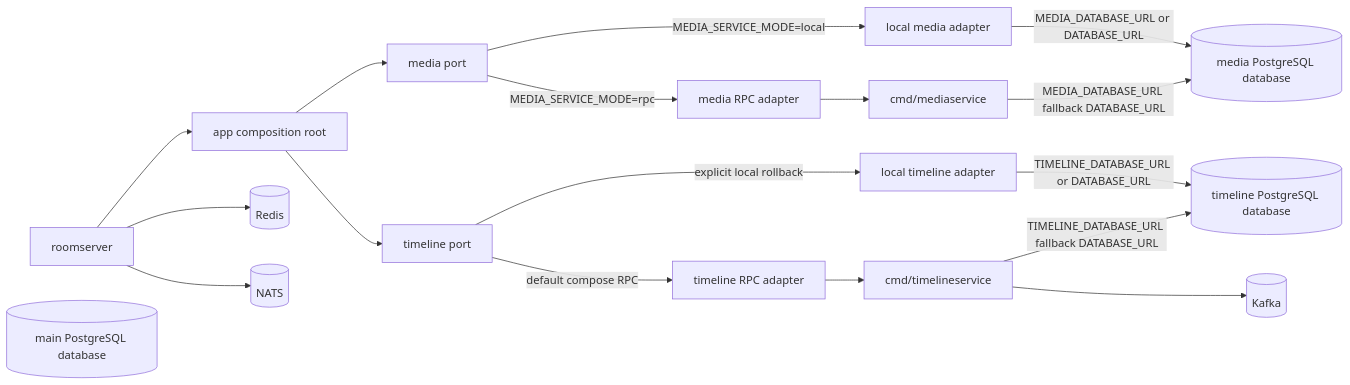
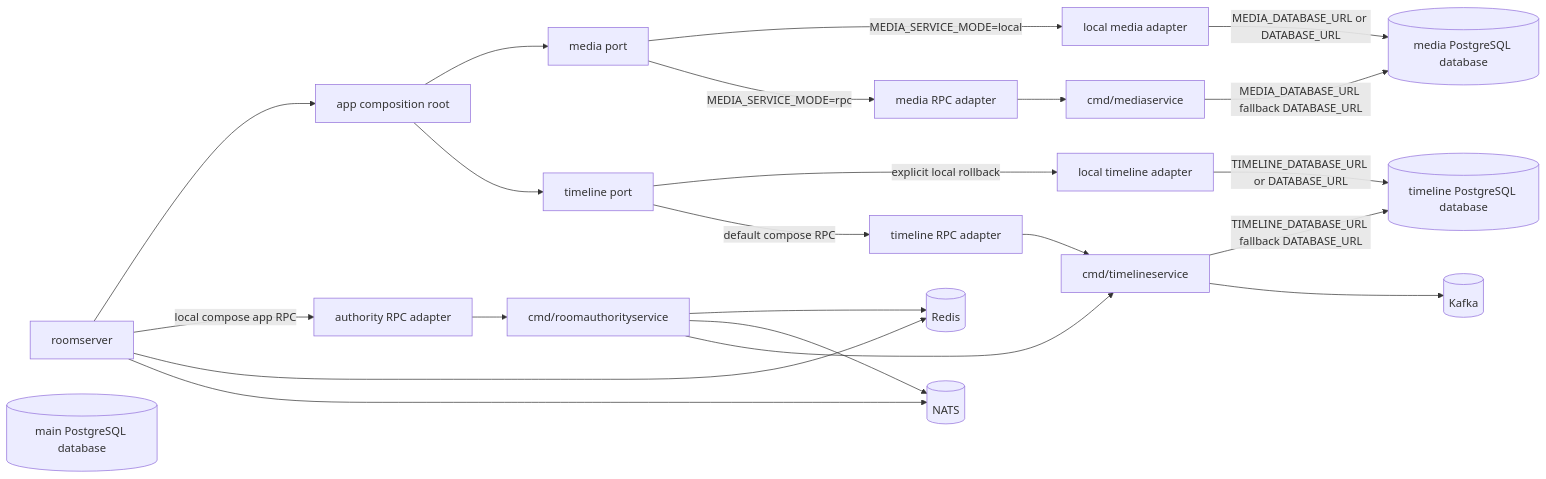
One commit to sunboyZgz/watch_together changed the first of 9 diagrams in docs/distributed-architecture.md. Above: the diagram before and after it, drawn with Mermaid. The commit also changed other lines of this file and 34 other files, not shown here.

````diff
--- a/docs/distributed-architecture.md
+++ b/docs/distributed-architecture.md
@@ -38,36 +38,43 @@
 ```mermaid
 flowchart LR
   Roomserver[roomserver]
   App[app composition root]
   MediaPort[media port]
   TimelinePort[timeline port]
   MediaLocal[local media adapter]
   TimelineLocal[local timeline adapter]
   MediaRPC[media RPC adapter]
   TimelineRPC[timeline RPC adapter]
+  AuthorityRPC[authority RPC adapter]
   MediaService[cmd/mediaservice]
   TimelineService[cmd/timelineservice]
+  AuthorityService[cmd/roomauthorityservice]
   MainPG[(main PostgreSQL database)]
   MediaPG[(media PostgreSQL database)]
   TimelinePG[(timeline PostgreSQL database)]
   Kafka[(Kafka)]
   Redis[(Redis)]
   NATS[(NATS)]
 
   Roomserver --> App
   App --> MediaPort
   App --> TimelinePort
   MediaPort -->|MEDIA_SERVICE_MODE=local| MediaLocal
   MediaPort -->|MEDIA_SERVICE_MODE=rpc| MediaRPC
   TimelinePort -->|explicit local rollback| TimelineLocal
   TimelinePort -->|default compose RPC| TimelineRPC
+  Roomserver -->|local compose app RPC| AuthorityRPC
   MediaRPC --> MediaService
   TimelineRPC --> TimelineService
+  AuthorityRPC --> AuthorityService
   MediaLocal -->|MEDIA_DATABASE_URL or DATABASE_URL| MediaPG
   TimelineLocal -->|TIMELINE_DATABASE_URL or DATABASE_URL| TimelinePG
   MediaService -->|MEDIA_DATABASE_URL fallback DATABASE_URL| MediaPG
   TimelineService -->|TIMELINE_DATABASE_URL fallback DATABASE_URL| TimelinePG
   TimelineService --> Kafka
   Roomserver --> Redis
   Roomserver --> NATS
+  AuthorityService --> Redis
+  AuthorityService --> NATS
+  AuthorityService --> TimelineService
 ```
````
